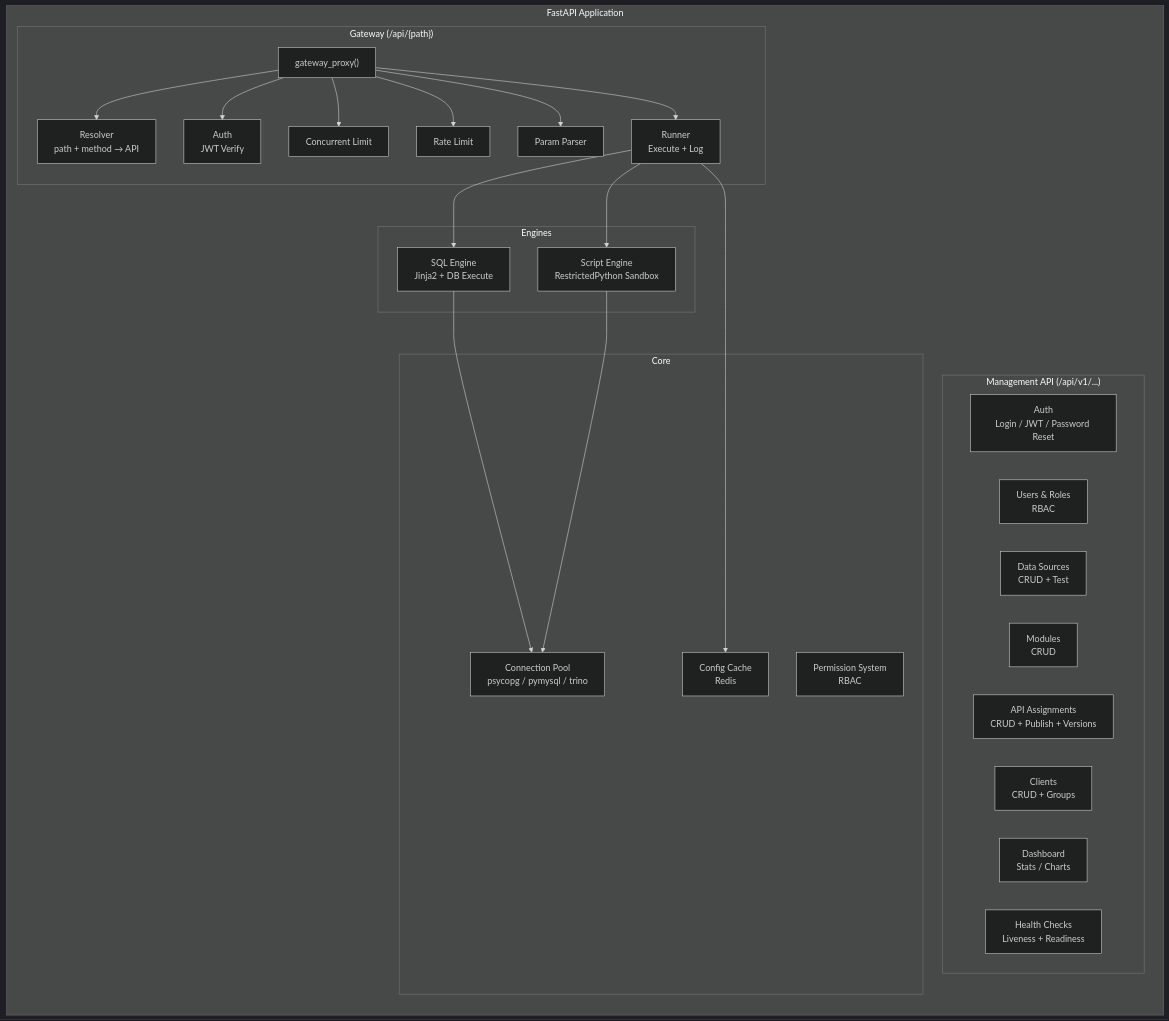
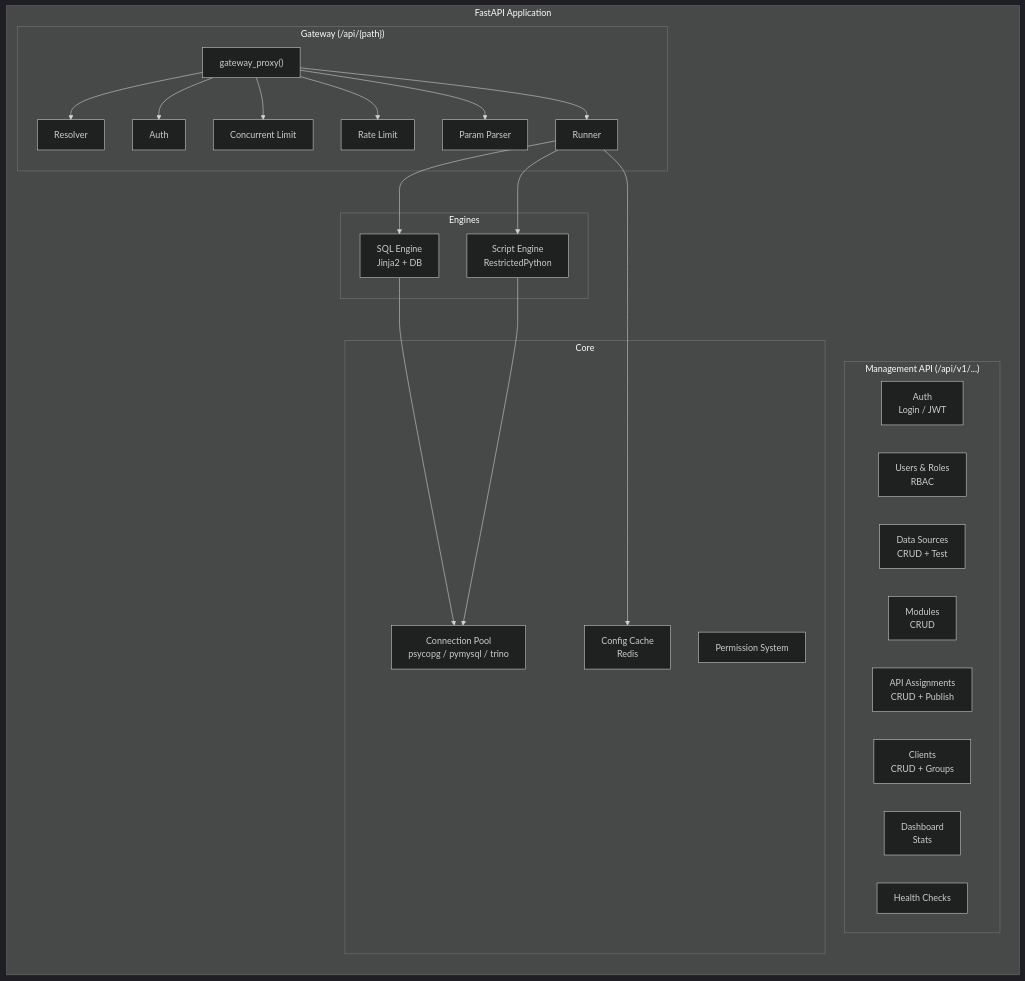
Before and after one commit to viethqb/pydbapi: the second of 7 diagrams in docs/ARCHITECTURE.md, drawn with Mermaid (dark theme). The commit also changed other lines of this file and 10 other files, not shown here.

````diff
--- a/docs/ARCHITECTURE.md
+++ b/docs/ARCHITECTURE.md
@@ -60,50 +60,50 @@
 ```mermaid
 graph LR
     subgraph "FastAPI Application"
         direction TB
 
         subgraph "Management API (/api/v1/...)"
-            Auth["Auth<br/>Login / JWT / Password Reset"]
+            Auth["Auth<br/>Login / JWT"]
             Users["Users & Roles<br/>RBAC"]
             DS["Data Sources<br/>CRUD + Test"]
             Modules["Modules<br/>CRUD"]
-            APIs["API Assignments<br/>CRUD + Publish + Versions"]
+            APIs["API Assignments<br/>CRUD + Publish"]
             Clients["Clients<br/>CRUD + Groups"]
-            Overview["Dashboard<br/>Stats / Charts"]
-            Health["Health Checks<br/>Liveness + Readiness"]
+            Overview["Dashboard<br/>Stats"]
+            Health["Health Checks"]
         end
 
         subgraph "Gateway (/api/{path})"
             GW["gateway_proxy()"]
-            Resolver["Resolver<br/>path + method → API"]
-            GWAuth["Auth<br/>JWT Verify"]
+            Resolver["Resolver"]
+            GWAuth["Auth"]
             Concurrent["Concurrent Limit"]
             RateLimit["Rate Limit"]
             ParamParse["Param Parser"]
-            Runner["Runner<br/>Execute + Log"]
+            Runner["Runner"]
         end
 
         subgraph "Engines"
-            SQLEngine["SQL Engine<br/>Jinja2 + DB Execute"]
-            ScriptEngine["Script Engine<br/>RestrictedPython Sandbox"]
+            SQLEngine["SQL Engine<br/>Jinja2 + DB"]
+            ScriptEngine["Script Engine<br/>RestrictedPython"]
         end
 
         subgraph "Core"
             Pool["Connection Pool<br/>psycopg / pymysql / trino"]
             ConfigCache["Config Cache<br/>Redis"]
-            Permissions["Permission System<br/>RBAC"]
+            Permissions["Permission System"]
         end
     end
 
     GW --> Resolver
     GW --> GWAuth
     GW --> Concurrent
     GW --> RateLimit
     GW --> ParamParse
     GW --> Runner
     Runner --> SQLEngine
     Runner --> ScriptEngine
     SQLEngine --> Pool
     ScriptEngine --> Pool
     Runner --> ConfigCache
 ```
````
